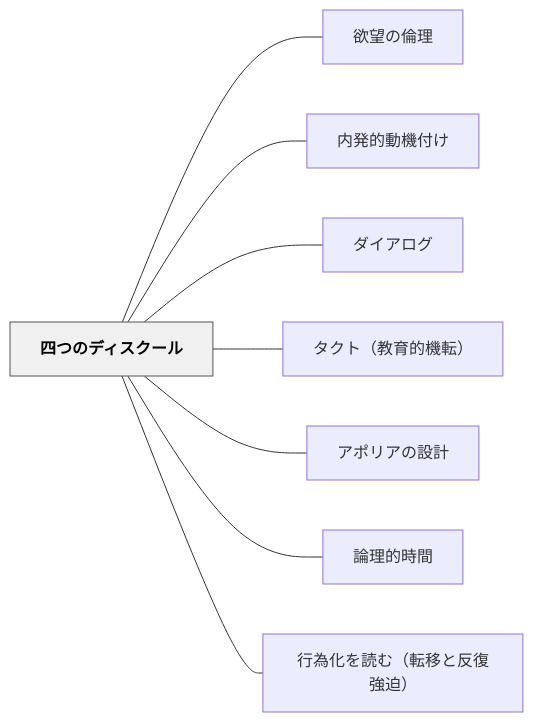
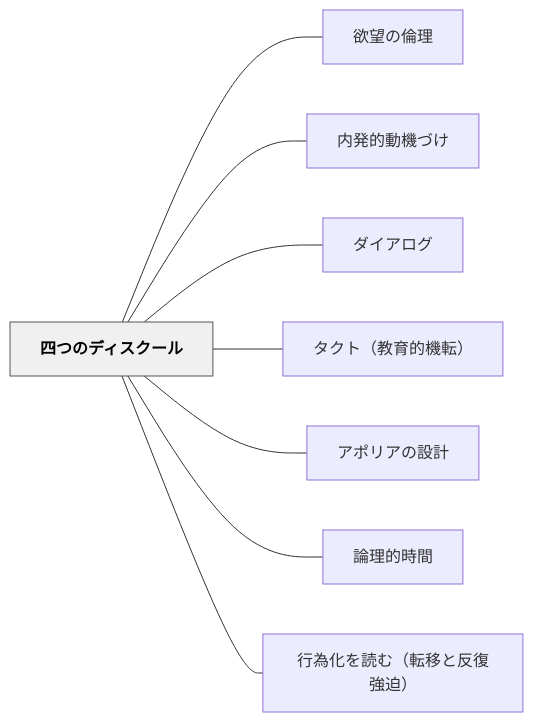
Before and after one commit to unknownthings-ed-patterns/unknownthings-ed-patterns: the diagram in content/パタン/四つのディスクール.md, drawn with Mermaid. The commit also changed other lines of this file and 234 other files, not shown here.

````diff
--- a/content/パタン/四つのディスクール.md
+++ b/content/パタン/四つのディスクール.md
@@ -168,22 +168,22 @@
 ```mermaid
 flowchart LR
     ne59b9be381a4e381aee38387e382a3e382b9e382afe383bce383ab["四つのディスクール"]
     ne6acb2e69c9be381aee580abe79086["欲望の倫理"]
-    ne58685e799bae79a84e58b95e6a99fe4bb98e38191["内発的動機付け"]
+    ne58685e799bae79a84e58b95e6a99fe381a5e38191["内発的動機づけ"]
     ne38380e382a4e382a2e383ade382b0["ダイアログ"]
     ne382bfe382afe38388efbc88e69599e882b2e79a84e6a99fe8bba2efbc89["タクト（教育的機転）"]
     ne382a2e3839de383aae382a2e381aee8a8ade8a888["アポリアの設計"]
     ne8ab96e79086e79a84e69982e99693["論理的時間"]
     ne8a18ce782bae58c96e38292e8aaade38280efbc88e8bba2e7a7bbe381a8e58f8de5bea9e5bcb7e8bfabefbc89["行為化を読む（転移と反復強迫）"]
 
     ne59b9be381a4e381aee38387e382a3e382b9e382afe383bce383ab --- ne6acb2e69c9be381aee580abe79086
-    ne59b9be381a4e381aee38387e382a3e382b9e382afe383bce383ab --- ne58685e799bae79a84e58b95e6a99fe4bb98e38191
+    ne59b9be381a4e381aee38387e382a3e382b9e382afe383bce383ab --- ne58685e799bae79a84e58b95e6a99fe381a5e38191
     ne59b9be381a4e381aee38387e382a3e382b9e382afe383bce383ab --- ne38380e382a4e382a2e383ade382b0
     ne59b9be381a4e381aee38387e382a3e382b9e382afe383bce383ab --- ne382bfe382afe38388efbc88e69599e882b2e79a84e6a99fe8bba2efbc89
     ne59b9be381a4e381aee38387e382a3e382b9e382afe383bce383ab --- ne382a2e3839de383aae382a2e381aee8a8ade8a888
     ne59b9be381a4e381aee38387e382a3e382b9e382afe383bce383ab --- ne8ab96e79086e79a84e69982e99693
     ne59b9be381a4e381aee38387e382a3e382b9e382afe383bce383ab --- ne8a18ce782bae58c96e38292e8aaade38280efbc88e8bba2e7a7bbe381a8e58f8de5bea9e5bcb7e8bfabefbc89
 
     classDef hub fill:#f0f0f0,stroke:#555,color:#000,font-weight:bold
     class ne59b9be381a4e381aee38387e382a3e382b9e382afe383bce383ab hub
 ```
````
